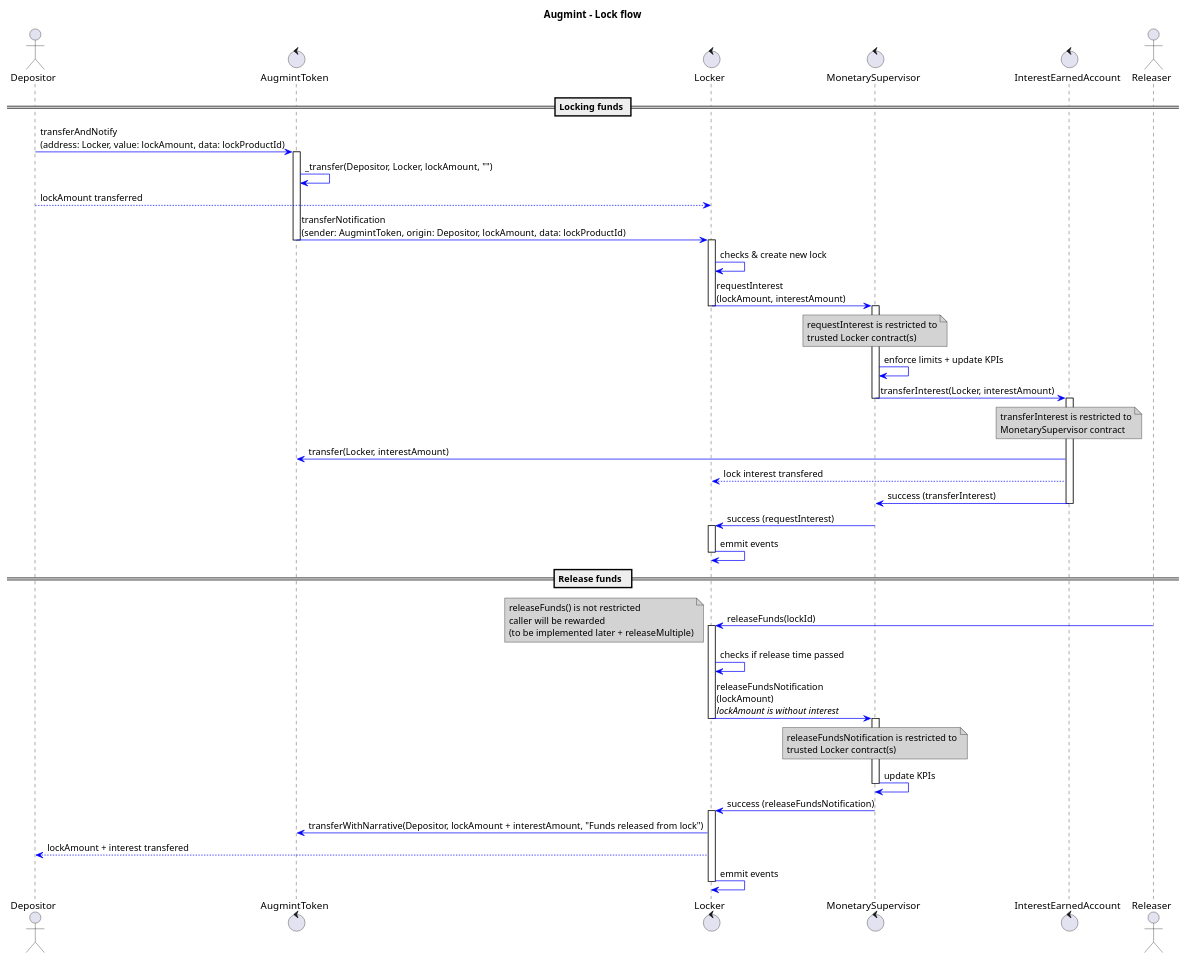
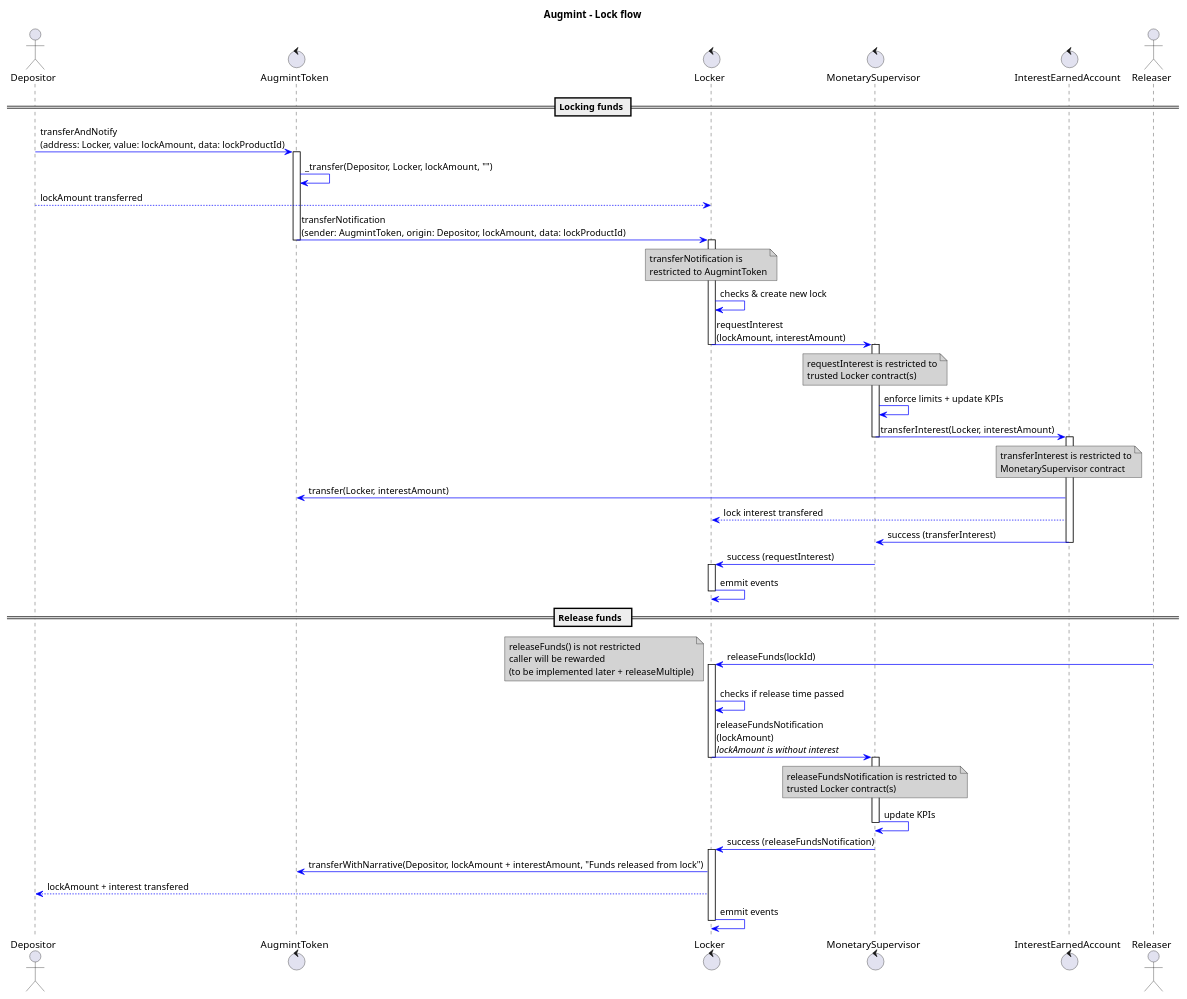
Before and after one commit to Augmint/augmint-contracts: the diagram in docs/lockFlow.plantuml, drawn with PlantUML. The commit also changed 5 other files, not shown here.

Commit message:
minor sequence diagram updates (notes + placeSellTokenOrder) #2

```diff
--- a/docs/lockFlow.plantuml
+++ b/docs/lockFlow.plantuml
@@ -1,80 +1,84 @@
 @startuml
 title **Augmint** - Lock flow
 skinparam ArrowColor #blue
 skinparam noteBackgroundColor #lightgrey
 
 actor Depositor
 control AugmintToken
 control Locker
 control MonetarySupervisor
 control InterestEarnedAccount
 actor Releaser
 
 == Locking funds ==
 Depositor -> AugmintToken : transferAndNotify\n(address: Locker, value: lockAmount, data: lockProductId)
 
 activate AugmintToken
     AugmintToken -> AugmintToken : _transfer(Depositor, Locker, lockAmount, "")
     Depositor --> Locker : lockAmount transferred
     AugmintToken -> Locker : transferNotification\n(sender: AugmintToken, origin: Depositor, lockAmount, data: lockProductId)
+    note over Locker
+        transferNotification is
+        restricted to AugmintToken
+    end note
 deactivate AugmintToken
 
 activate Locker
     Locker -> Locker : checks & create new lock
     Locker -> MonetarySupervisor : requestInterest\n(lockAmount, interestAmount)
     note over MonetarySupervisor
         requestInterest is restricted to
         trusted Locker contract(s)
     end note
 deactivate Locker
 
 activate MonetarySupervisor
     MonetarySupervisor -> MonetarySupervisor : enforce limits + update KPIs
     MonetarySupervisor -> InterestEarnedAccount : transferInterest(Locker, interestAmount)
 deactivate MonetarySupervisor
 
 activate InterestEarnedAccount
     note over InterestEarnedAccount
         transferInterest is restricted to
         MonetarySupervisor contract
     end note
     InterestEarnedAccount -> AugmintToken : transfer(Locker, interestAmount)
     InterestEarnedAccount --> Locker : lock interest transfered
     InterestEarnedAccount -> MonetarySupervisor : success (transferInterest)
 deactivate InterestEarnedAccount
 
 MonetarySupervisor -> Locker : success (requestInterest)
 
 activate Locker
     Locker -> Locker : emmit events
 deactivate Locker
 
 == Release funds  ==
 Releaser -> Locker : releaseFunds(lockId)
 note left
     releaseFunds() is not restricted
     caller will be rewarded
     (to be implemented later + releaseMultiple)
 end note
 
 activate Locker
     Locker -> Locker : checks if release time passed
     Locker -> MonetarySupervisor : releaseFundsNotification\n(lockAmount)\n//lockAmount is without interest//
 deactivate Locker
 
 activate MonetarySupervisor
     note over MonetarySupervisor
         releaseFundsNotification is restricted to
         trusted Locker contract(s)
     end note
     MonetarySupervisor -> MonetarySupervisor : update KPIs
 deactivate MonetarySupervisor
 
 MonetarySupervisor -> Locker : success (releaseFundsNotification)
 
 activate Locker
     Locker -> AugmintToken : transferWithNarrative(Depositor, lockAmount + interestAmount, "Funds released from lock")
     Locker --> Depositor : lockAmount + interest transfered
 Locker -> Locker : emmit events
 deactivate Locker
 @enduml
```
